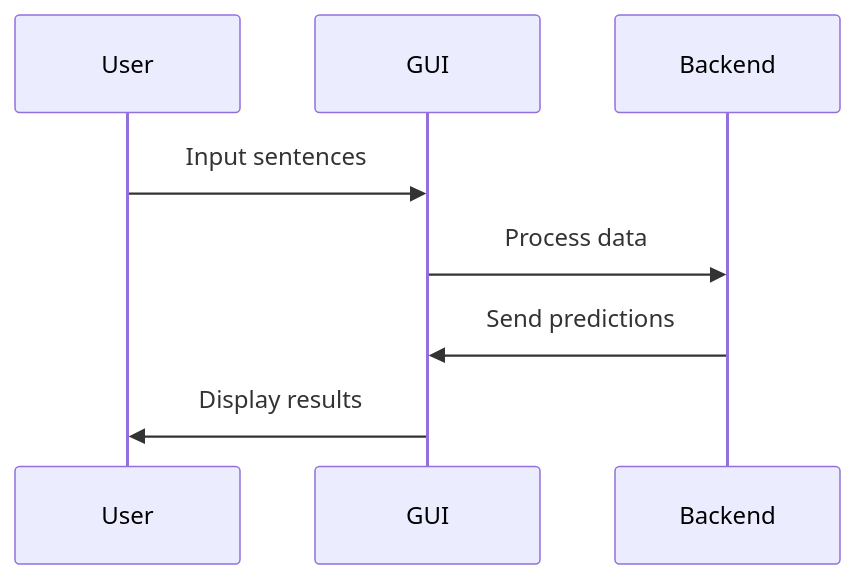
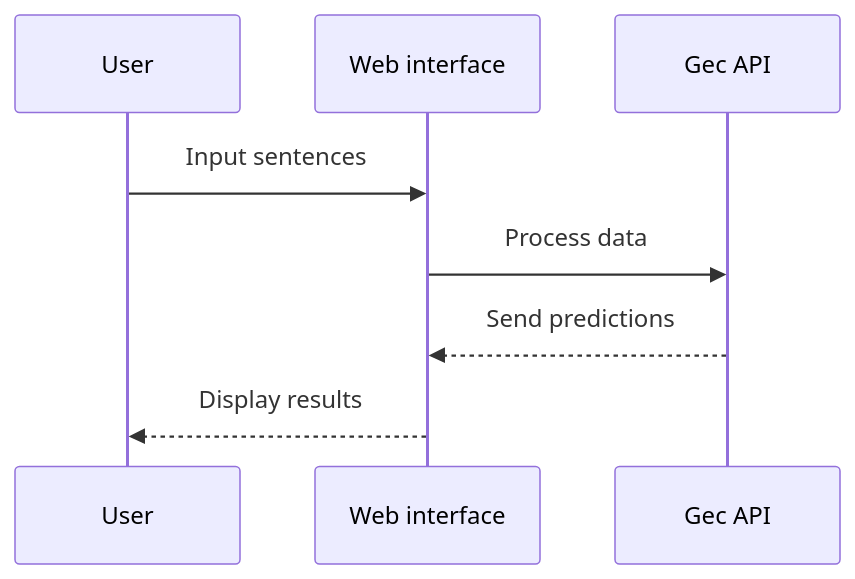
Before and after one commit to canh25xp/GraduationThesis: the diagram in OUTLINES.md, drawn with Mermaid.

Commit message:
edit mermaid diagram

````diff
--- a/OUTLINES.md
+++ b/OUTLINES.md
@@ -159,7 +159,10 @@
 ```mermaid
 sequenceDiagram
-   User->>GUI: Input sentences
-   GUI->>Backend: Process data
-   Backend->>GUI: Send predictions
-   GUI->>User: Display results
+   participant U as User
+   participant F as Web interface
+   participant B as Gec API
+   U->>F: Input sentences
+   F->>B: Process data
+   B-->>F: Send predictions
+   F-->>U: Display results
 ```
````
